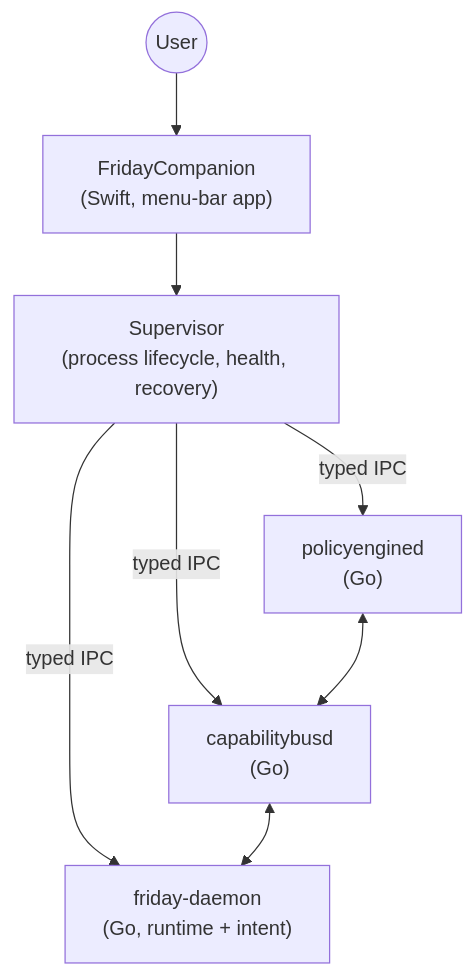
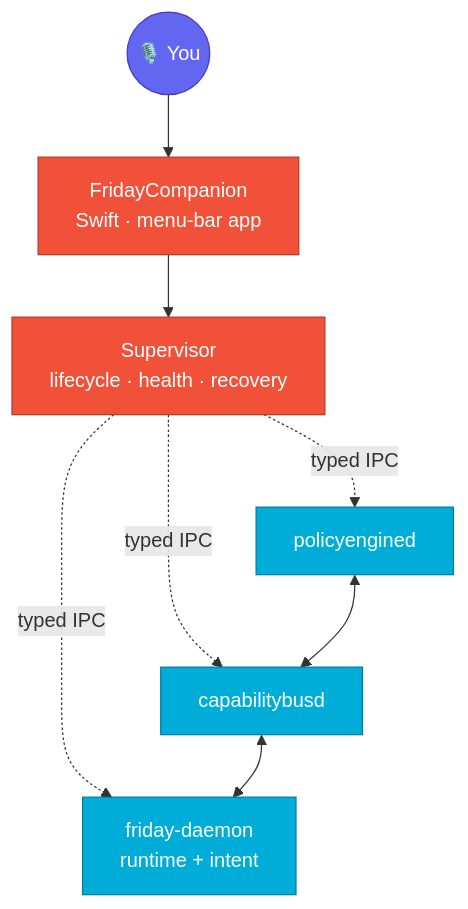
Before and after one commit to Sur27codes/FRIDAY: the first of 2 diagrams in README.md, drawn with Mermaid. The commit also changed other lines of this file, not shown here.

````diff
--- a/README.md
+++ b/README.md
@@ -11,17 +27,24 @@
 ```mermaid
 graph TD
-    User((User))
-    Companion["FridayCompanion<br/>(Swift, menu-bar app)"]
-    Supervisor["Supervisor<br/>(process lifecycle, health, recovery)"]
-    Policy["policyengined<br/>(Go)"]
-    Bus["capabilitybusd<br/>(Go)"]
-    Daemon["friday-daemon<br/>(Go, runtime + intent)"]
+    User((🎙️ You))
+    Companion["FridayCompanion<br/>Swift · menu-bar app"]
+    Supervisor["Supervisor<br/>lifecycle · health · recovery"]
+    Policy["policyengined"]
+    Bus["capabilitybusd"]
+    Daemon["friday-daemon<br/>runtime + intent"]
 
     User --> Companion
     Companion --> Supervisor
-    Supervisor -->|typed IPC| Policy
-    Supervisor -->|typed IPC| Bus
-    Supervisor -->|typed IPC| Daemon
+    Supervisor -.->|typed IPC| Policy
+    Supervisor -.->|typed IPC| Bus
+    Supervisor -.->|typed IPC| Daemon
     Bus <--> Daemon
     Policy <--> Bus
+
+    classDef swift fill:#F05138,stroke:#b53a26,color:#fff
+    classDef go fill:#00ADD8,stroke:#007d9c,color:#fff
+    classDef user fill:#6366f1,stroke:#4338ca,color:#fff
+    class Companion,Supervisor swift
+    class Policy,Bus,Daemon go
+    class User user
 ```
````
